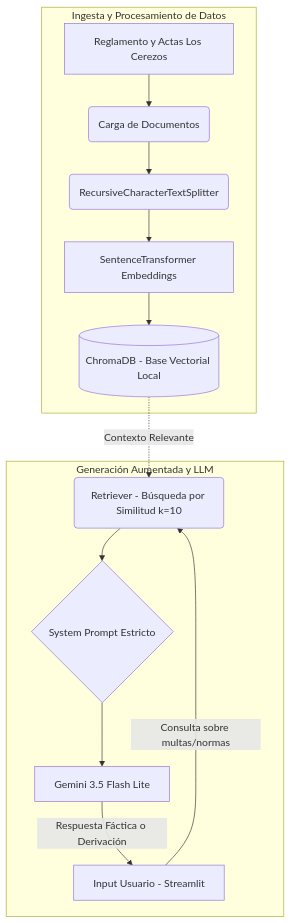
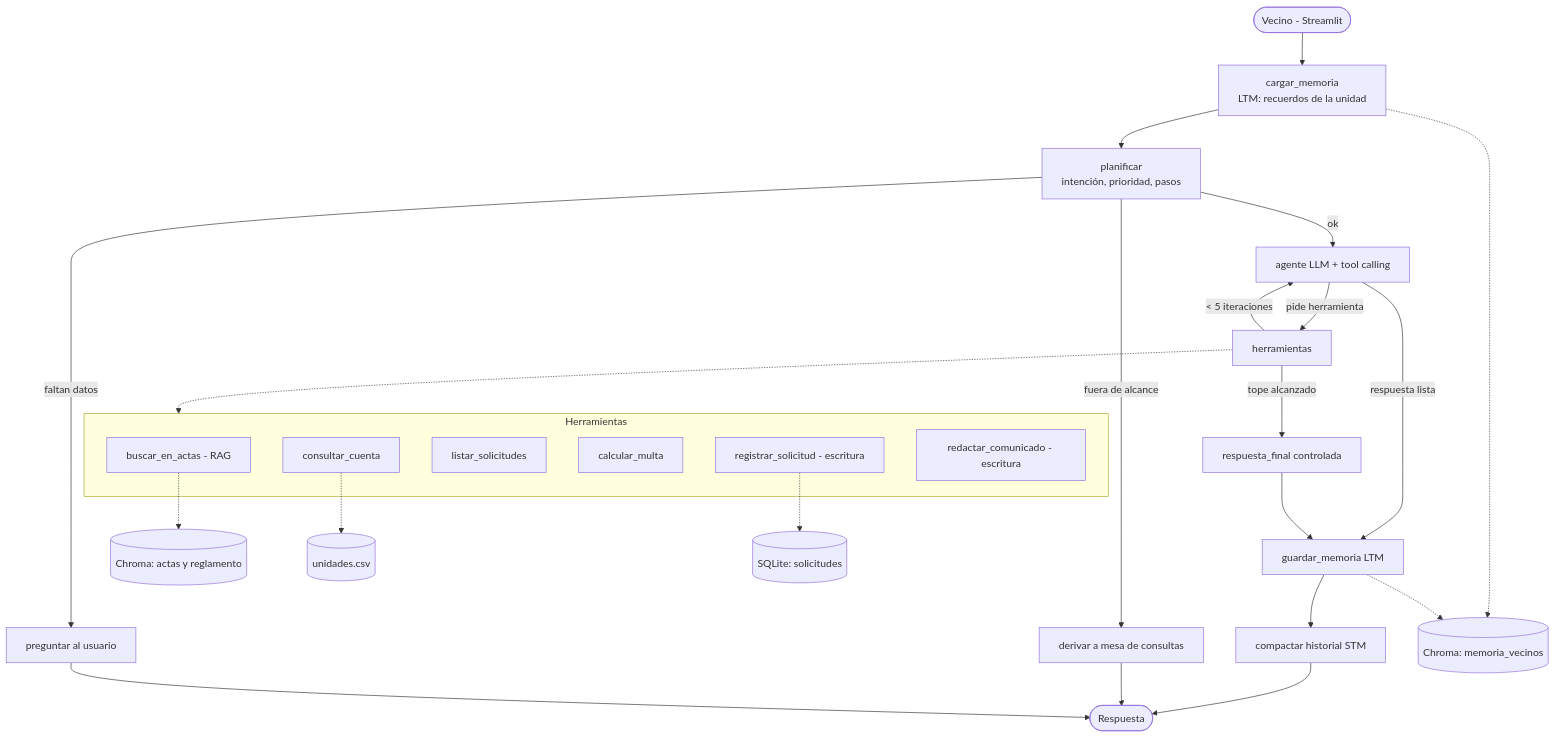
Before and after one commit to aracellysaxd/cooperativa_solucionesconia: the diagram in README.md, drawn with Mermaid. The commit also changed other lines of this file and 11 other files, not shown here.

````diff
--- a/README.md
+++ b/README.md
@@ -29,19 +22,32 @@
 ```mermaid
-graph TD
-    %% Fase de Ingesta
-    subgraph Ingesta y Procesamiento de Datos
-        A[Reglamento y Actas Los Cerezos] --> B(Carga de Documentos)
-        B --> C(RecursiveCharacterTextSplitter)
-        C --> D[SentenceTransformer Embeddings]
-        D --> E[(ChromaDB - Base Vectorial Local)]
+flowchart TD
+    U([Vecino - Streamlit]) --> M[cargar_memoria<br/>LTM: recuerdos de la unidad]
+    M --> P[planificar<br/>intención, prioridad, pasos]
+    P -->|fuera de alcance| D[derivar a mesa de consultas]
+    P -->|faltan datos| Q[preguntar al usuario]
+    P -->|ok| A[agente LLM + tool calling]
+    A -->|pide herramienta| H[herramientas]
+    H -->|< 5 iteraciones| A
+    H -->|tope alcanzado| F[respuesta_final controlada]
+    A -->|respuesta lista| G[guardar_memoria LTM]
+    F --> G
+    G --> C[compactar historial STM]
+    C --> R([Respuesta])
+    D --> R
+    Q --> R
+
+    subgraph Herramientas
+      T1[buscar_en_actas - RAG]
+      T2[consultar_cuenta]
+      T3[listar_solicitudes]
+      T4[calcular_multa]
+      T5[registrar_solicitud - escritura]
+      T6[redactar_comunicado - escritura]
     end
-
-    %% Fase de Interacción y RAG
-    subgraph Generación Aumentada y LLM
-        F[Input Usuario - Streamlit] -->|Consulta sobre multas/normas| G(Retriever - Búsqueda por Similitud k=10)
-        E -.->|Contexto Relevante| G
-        G --> H{System Prompt Estricto}
-        H --> I[Gemini 3.5 Flash Lite]
-        I -->|Respuesta Fáctica o Derivación| F
-    end
+    H -.-> Herramientas
+    T1 -.-> V[(Chroma: actas y reglamento)]
+    T2 -.-> S[(unidades.csv)]
+    T5 -.-> DB[(SQLite: solicitudes)]
+    M -.-> L[(Chroma: memoria_vecinos)]
+    G -.-> L
 ```
````
